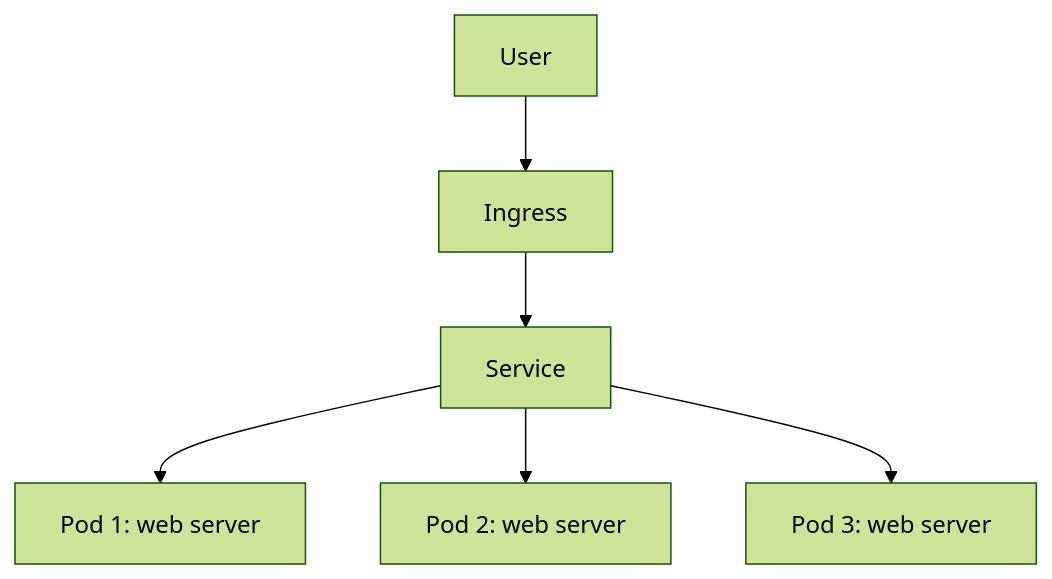
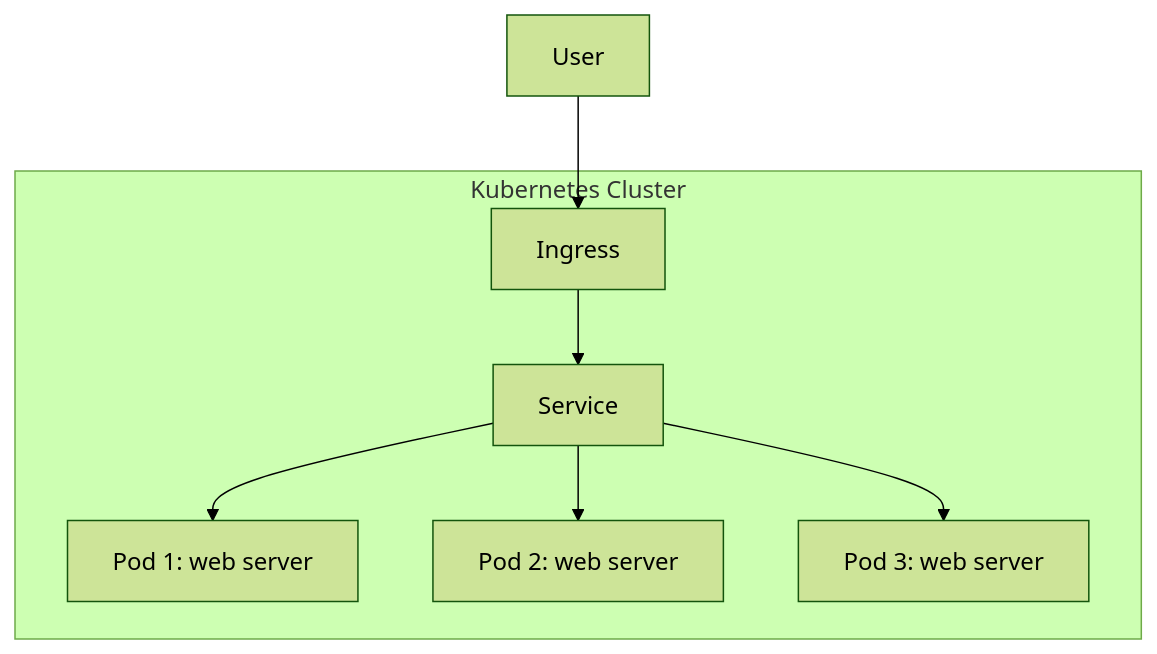
The third of 3 diagrams in README.md (kumackey/development-camp-2025-kubenetes), drawn with Mermaid (forest theme) before and after one commit. The commit also changed other lines of this file and 4 other files, not shown here.

````diff
--- a/README.md
+++ b/README.md
@@ -52,8 +65,11 @@
 ```mermaid
 graph TD
     U[User] --> I[Ingress]
-    I --> S[Service]
-    S --> P1[Pod 1: web server]
-    S --> P2[Pod 2: web server]
-    S --> P3[Pod 3: web server]
+    
+    subgraph K8S["Kubernetes Cluster"]
+        I --> S[Service]
+        S --> P1[Pod 1: web server]
+        S --> P2[Pod 2: web server]
+        S --> P3[Pod 3: web server]
+    end
 ```
````
